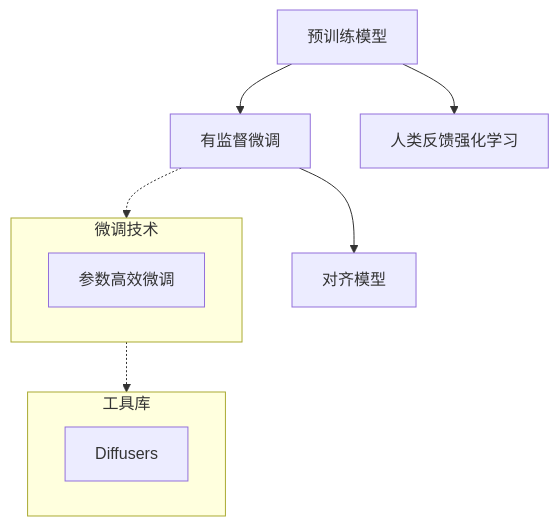
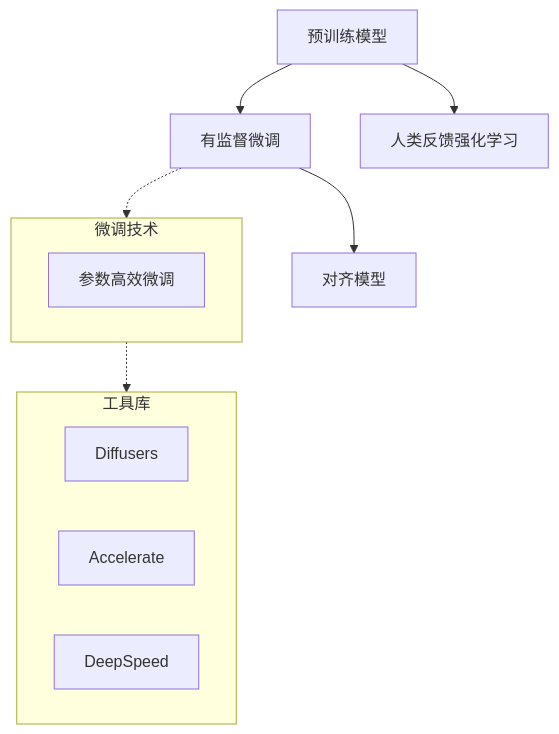
The second of 6 diagrams in docs/AI/llm_graph.md (cruldra/notes3), drawn with Mermaid before and after one commit. The commit also changed other lines of this file and 5 other files, not shown here.

````diff
--- a/docs/AI/llm_graph.md
+++ b/docs/AI/llm_graph.md
@@ -64,17 +64,19 @@
 ```mermaid
 graph TD
     PretrainedModel[预训练模型] --> SFT[有监督微调]
     PretrainedModel --> RLHF[人类反馈强化学习]
     SFT --> AlignedModel[对齐模型]
     
     subgraph Techniques [微调技术]
         PEFT[参数高效微调]
     end
     
     subgraph Tools [工具库]
         Diffusers[Diffusers]
+        Accelerate[Accelerate]
+        DeepSpeed[DeepSpeed]
     end
     
     SFT -.-> Techniques
     Techniques -.-> Tools
 ```
````
